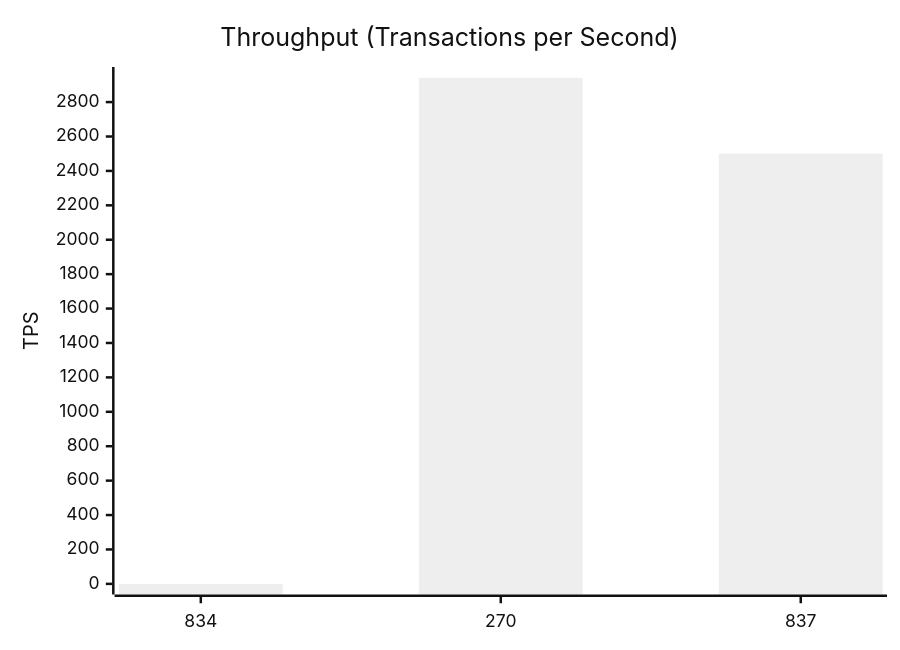
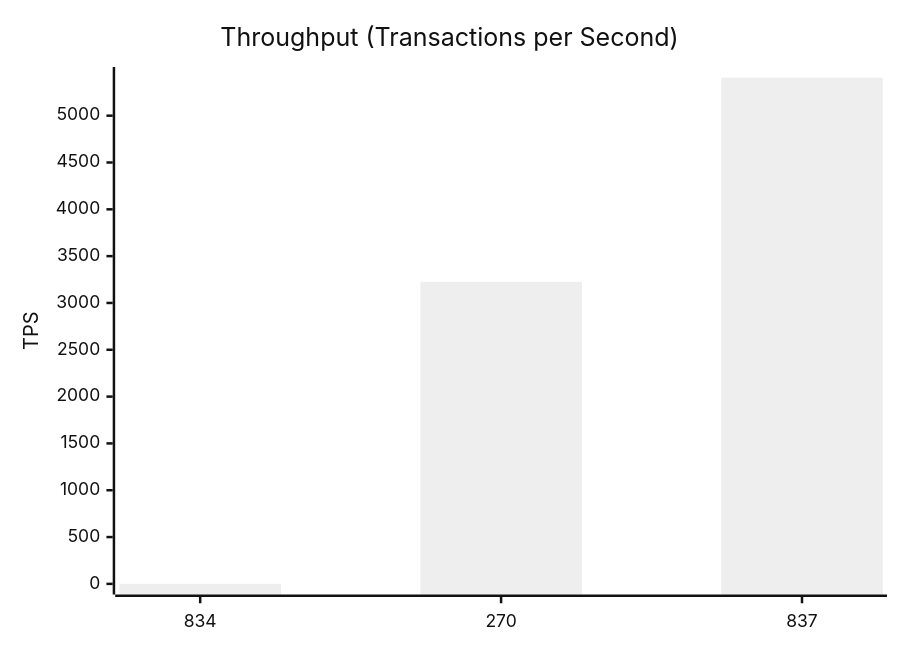
One commit to dhagan-va/intern-2025 changed the second of 10 diagrams in test-tools/DataGen/src/Statistics_Visualizer.md. Above: the diagram before and after it, drawn with Mermaid (neutral theme). The commit also changed other lines of this file and 2 other files, not shown here.

````diff
--- a/test-tools/DataGen/src/Statistics_Visualizer.md
+++ b/test-tools/DataGen/src/Statistics_Visualizer.md
@@ -28,7 +28,7 @@
 ```mermaid
 xychart-beta
     title "Throughput (Transactions per Second)"
     x-axis ["834", "270", "837"]
-    y-axis "TPS" 0 --> 2942.176470588235
-    bar [0.0, 2941.176470588235, 2500.062501562539]
+    y-axis "TPS" 0 --> 5406.405405405406
+    bar [0.0, 3225.7023966968804, 5405.405405405406]
 ```
````
